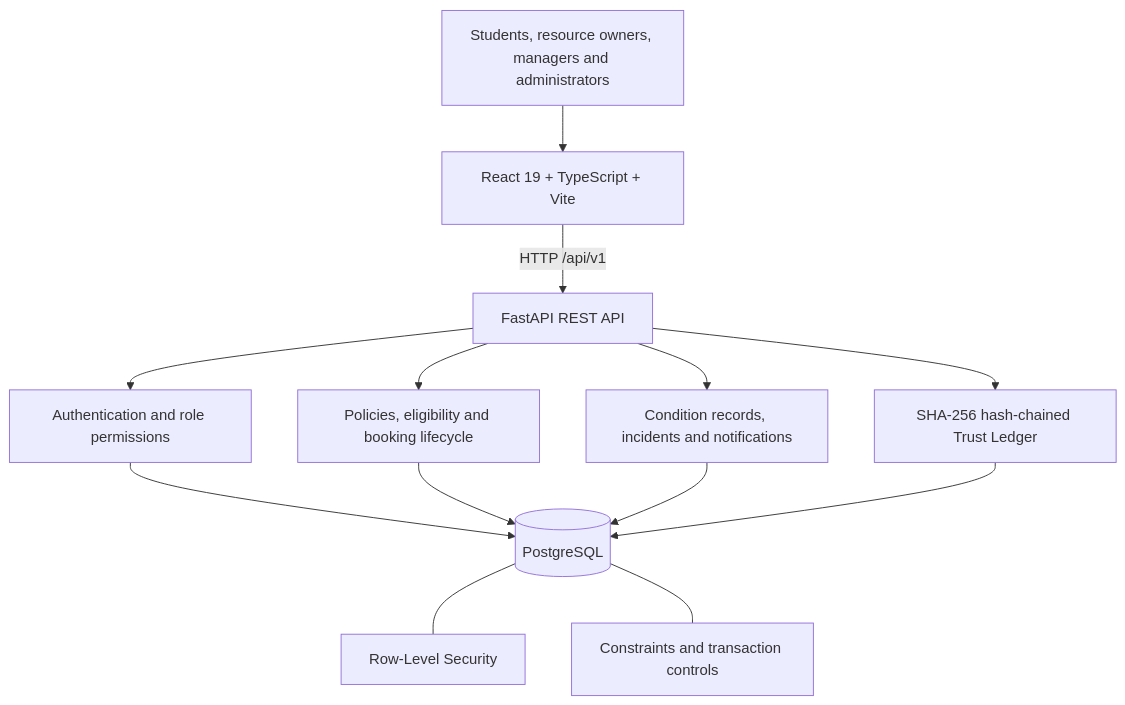
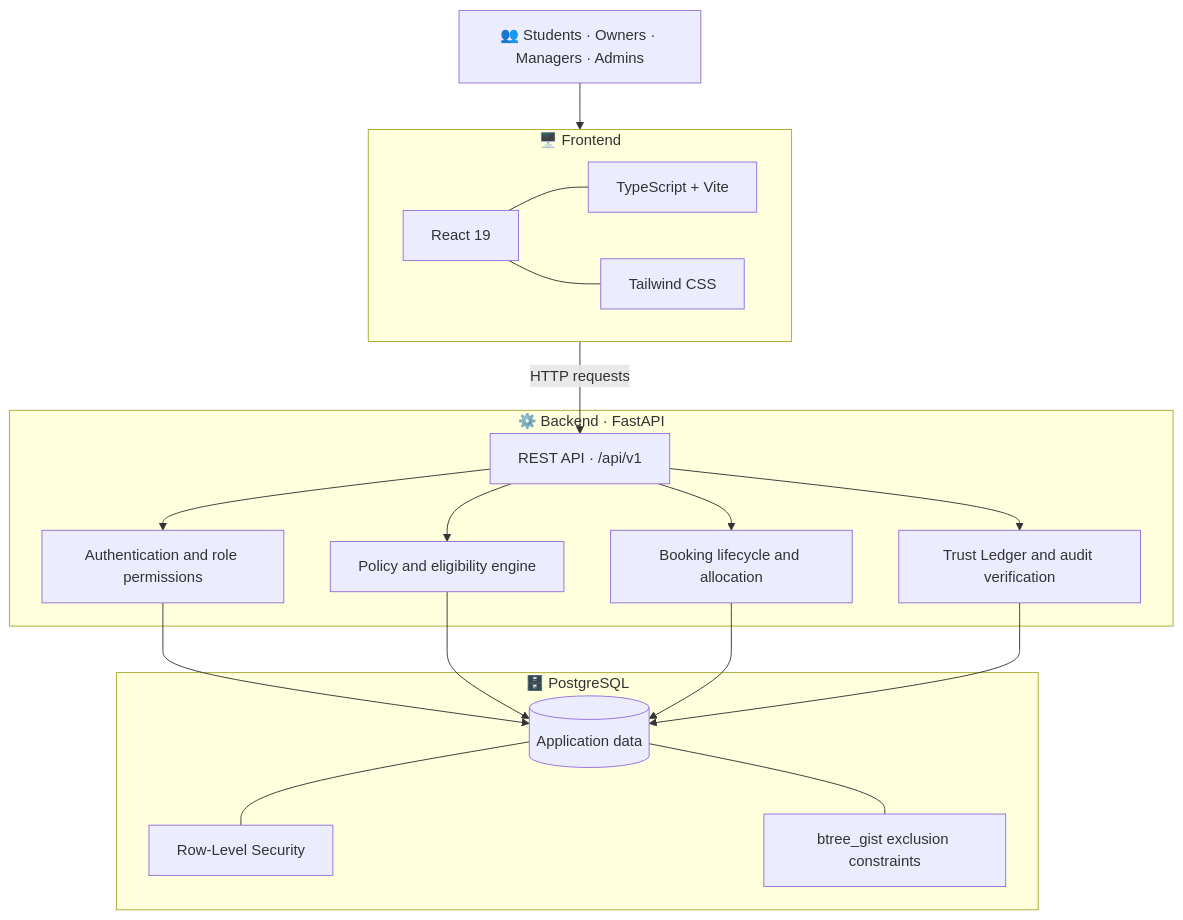
Before and after one commit to abhineet-26/Share-Space: the second of 2 diagrams in README.md, drawn with Mermaid. The commit also changed other lines of this file, not shown here.

````diff
--- a/README.md
+++ b/README.md
@@ -142,26 +170,39 @@
 ```mermaid
 flowchart TB
-    U["Students, resource owners, managers and administrators"]
-    FE["React 19 + TypeScript + Vite"]
-    API["FastAPI REST API"]
-    AUTH["Authentication and role permissions"]
-    DOMAIN["Policies, eligibility and booking lifecycle"]
-    OPS["Condition records, incidents and notifications"]
-    LEDGER["SHA-256 hash-chained Trust Ledger"]
-    DB[("PostgreSQL")]
-    RLS["Row-Level Security"]
-    CONSTRAINTS["Constraints and transaction controls"]
+    USERS["👥 Students · Owners · Managers · Admins"]
 
-    U --> FE
-    FE -->|"HTTP /api/v1"| API
-    API --> AUTH
-    API --> DOMAIN
-    API --> OPS
+    subgraph CLIENT["🖥️ Frontend"]
+        REACT["React 19"]
+        TS["TypeScript + Vite"]
+        UI["Tailwind CSS"]
+        REACT --- TS
+        REACT --- UI
+    end
+
+    subgraph SERVER["⚙️ Backend · FastAPI"]
+        API["REST API · /api/v1"]
+        AUTH["Authentication and role permissions"]
+        RULES["Policy and eligibility engine"]
+        BOOK["Booking lifecycle and allocation"]
+        AUDIT["Trust Ledger and audit verification"]
+        API --> AUTH
+        API --> RULES
+        API --> BOOK
+        API --> AUDIT
+    end
+
+    subgraph DATA["🗄️ PostgreSQL"]
+        DB[("Application data")]
+        RLS["Row-Level Security"]
+        EXT["btree_gist exclusion constraints"]
+        DB --- RLS
+        DB --- EXT
+    end
+
+    USERS --> CLIENT
+    CLIENT -->|"HTTP requests"| API
     AUTH --> DB
-    DOMAIN --> DB
-    OPS --> DB
-    API --> LEDGER
-    LEDGER --> DB
-    DB --- RLS
-    DB --- CONSTRAINTS
+    RULES --> DB
+    BOOK --> DB
+    AUDIT --> DB
 ```
````
